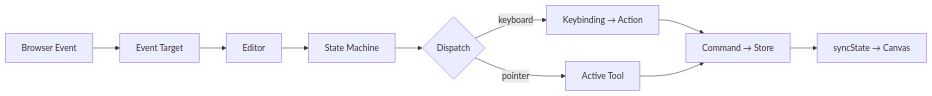
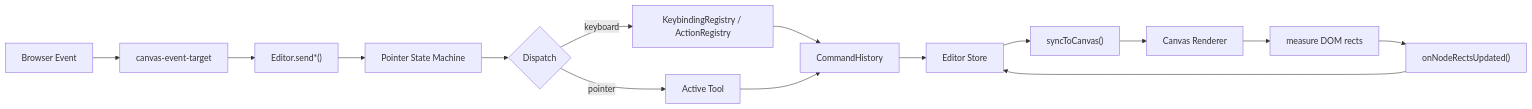
Before and after one commit to whdgur5717/react-design-editor: the second of 3 diagrams in README.md, drawn with Mermaid. The commit also changed other lines of this file and 5 other files, not shown here.

Commit message:
📝 docs(architecture): refresh shell runtime guidance

````diff
--- a/README.md
+++ b/README.md
@@ -53,12 +63,17 @@
 ```mermaid
 flowchart LR
-    A["Browser Event"] --> B["Event Target"]
-    B --> C["Editor"]
-    C --> D["State Machine"]
+    A["Browser Event"] --> B["canvas-event-target"]
+    B --> C["Editor.send*()"]
+    C --> D["Pointer State Machine"]
     D --> E{"Dispatch"}
-    E -- "keyboard" --> F["Keybinding → Action"]
+    E -- "keyboard" --> F["KeybindingRegistry / ActionRegistry"]
     E -- "pointer" --> G["Active Tool"]
-    F --> H["Command → Store"]
+    F --> H["CommandHistory"]
     G --> H
-    H --> I["syncState → Canvas"]
+    H --> I["Editor Store"]
+    I --> J["syncToCanvas()"]
+    J --> K["Canvas Renderer"]
+    K --> L["measure DOM rects"]
+    L --> M["onNodeRectsUpdated()"]
+    M --> I
 ```
````
